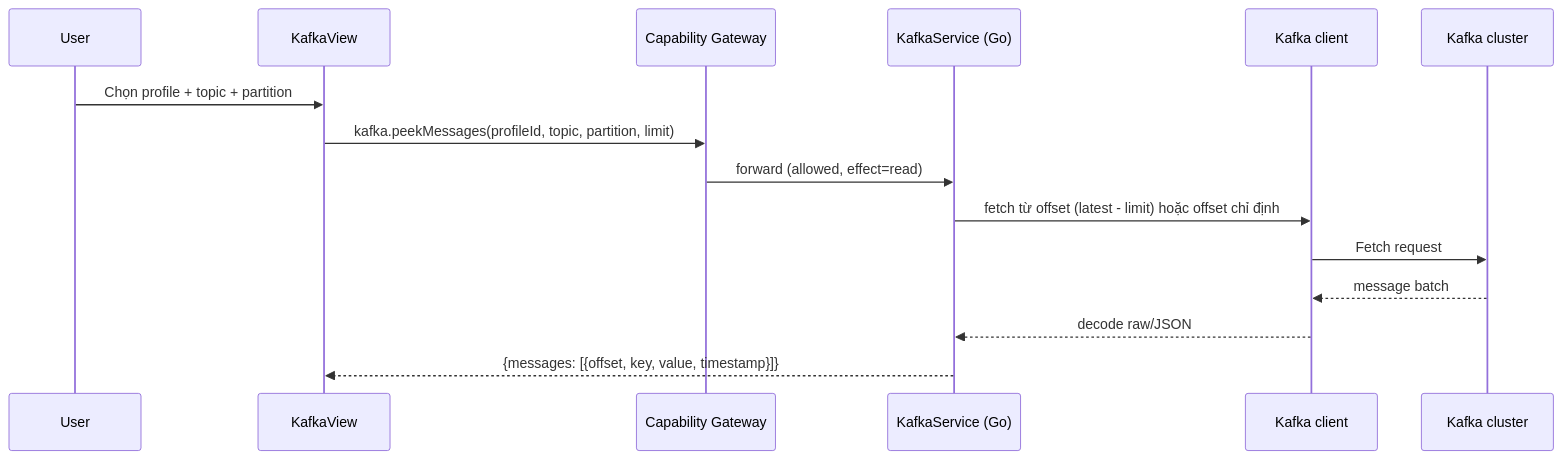
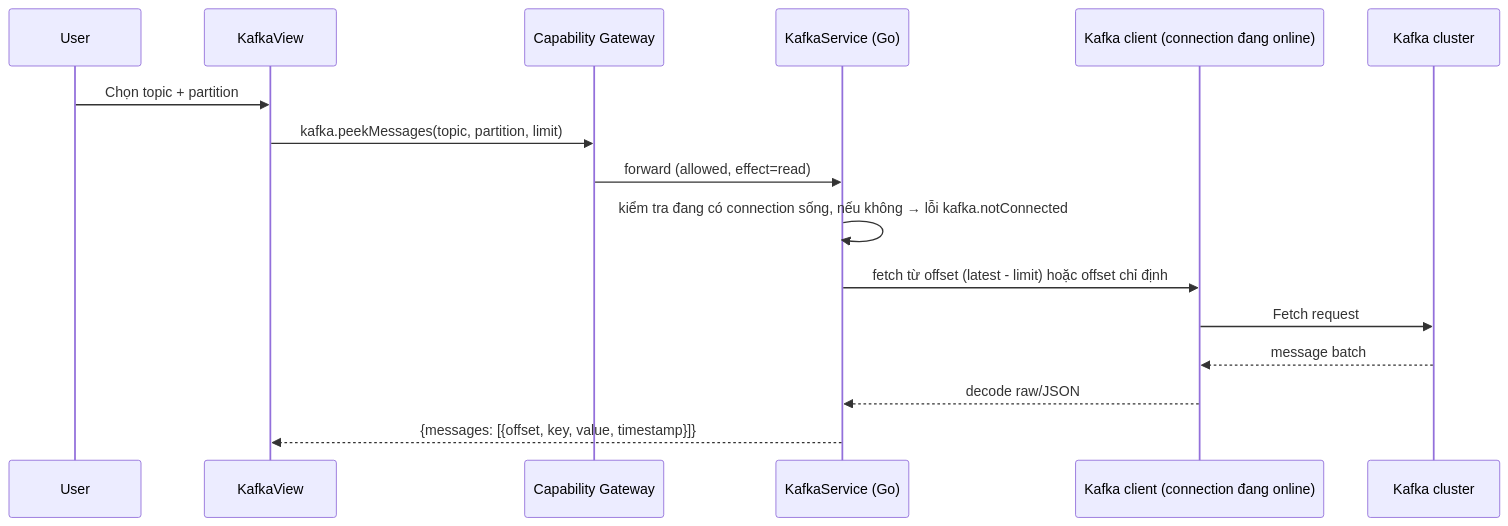
The third of 4 diagrams in content/projects/dev-kit/kafka.mdx (syurodev/base), drawn with Mermaid before and after one commit. The commit also changed other lines of this file, not shown here.

First line of the commit message:
docs(dev-kit): Kafka UI stores many profiles but connects to one cluster

````diff
--- a/content/projects/dev-kit/kafka.mdx
+++ b/content/projects/dev-kit/kafka.mdx
@@ -99,18 +127,19 @@
 ```mermaid
 sequenceDiagram
   participant User
   participant UI as KafkaView
   participant GW as Capability Gateway
   participant Svc as KafkaService (Go)
-  participant Client as Kafka client
+  participant Client as Kafka client (connection đang online)
   participant Broker as Kafka cluster
 
-  User->>UI: Chọn profile + topic + partition
-  UI->>GW: kafka.peekMessages(profileId, topic, partition, limit)
+  User->>UI: Chọn topic + partition
+  UI->>GW: kafka.peekMessages(topic, partition, limit)
   GW->>Svc: forward (allowed, effect=read)
+  Svc->>Svc: kiểm tra đang có connection sống, nếu không → lỗi kafka.notConnected
   Svc->>Client: fetch từ offset (latest - limit) hoặc offset chỉ định
   Client->>Broker: Fetch request
   Broker-->>Client: message batch
   Client-->>Svc: decode raw/JSON
   Svc-->>UI: {messages: [{offset, key, value, timestamp}]}
 ```
````
